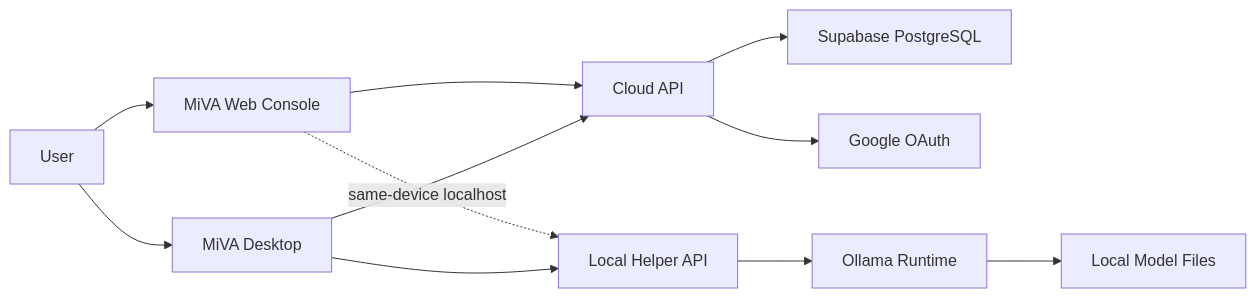
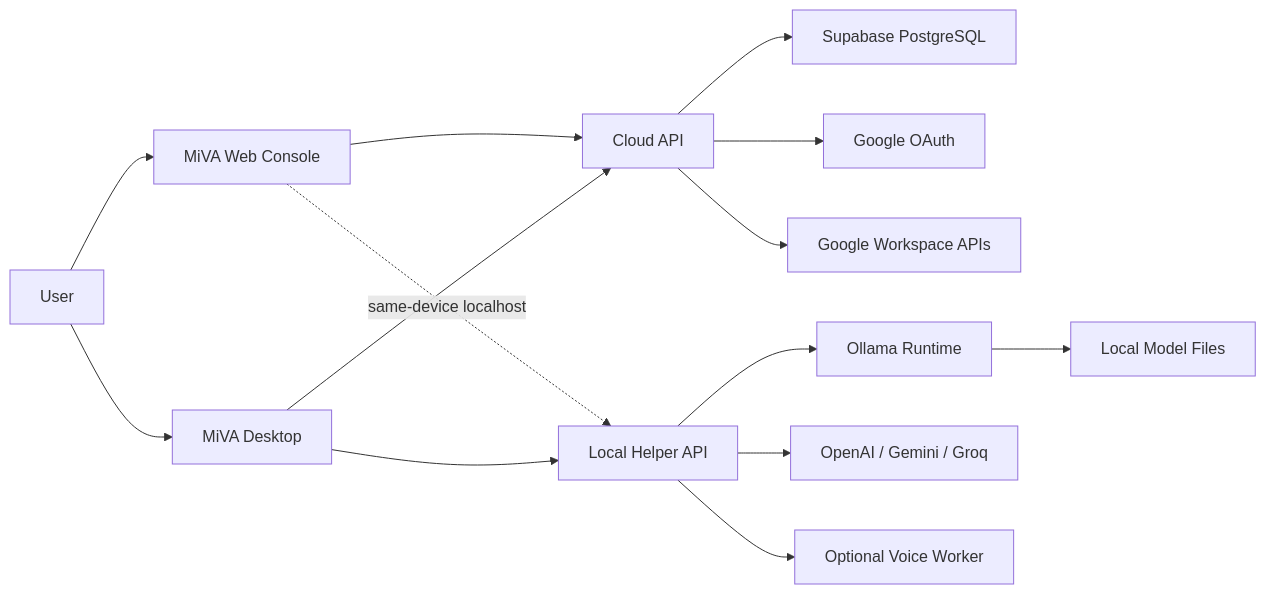
Before and after one commit to jimpmg123/MiVA: the first of 5 diagrams in docs/PRESENTATION_API_DESIGN.md, drawn with Mermaid. The commit also changed other lines of this file and 7 other files, not shown here.

````diff
--- a/docs/PRESENTATION_API_DESIGN.md
+++ b/docs/PRESENTATION_API_DESIGN.md
@@ -26,15 +26,18 @@
 ```mermaid
 flowchart LR
   User["User"] --> Web["MiVA Web Console"]
   User --> Desktop["MiVA Desktop"]
 
   Web --> Api["Cloud API"]
   Desktop --> Api
   Api --> Db["Supabase PostgreSQL"]
   Api --> Google["Google OAuth"]
+  Api --> Workspace["Google Workspace APIs"]
 
   Web -. "same-device localhost" .-> Helper["Local Helper API"]
   Desktop --> Helper
   Helper --> Ollama["Ollama Runtime"]
+  Helper --> CloudModels["OpenAI / Gemini / Groq"]
+  Helper --> VoiceWorker["Optional Voice Worker"]
   Ollama --> Models["Local Model Files"]
 ```
````
